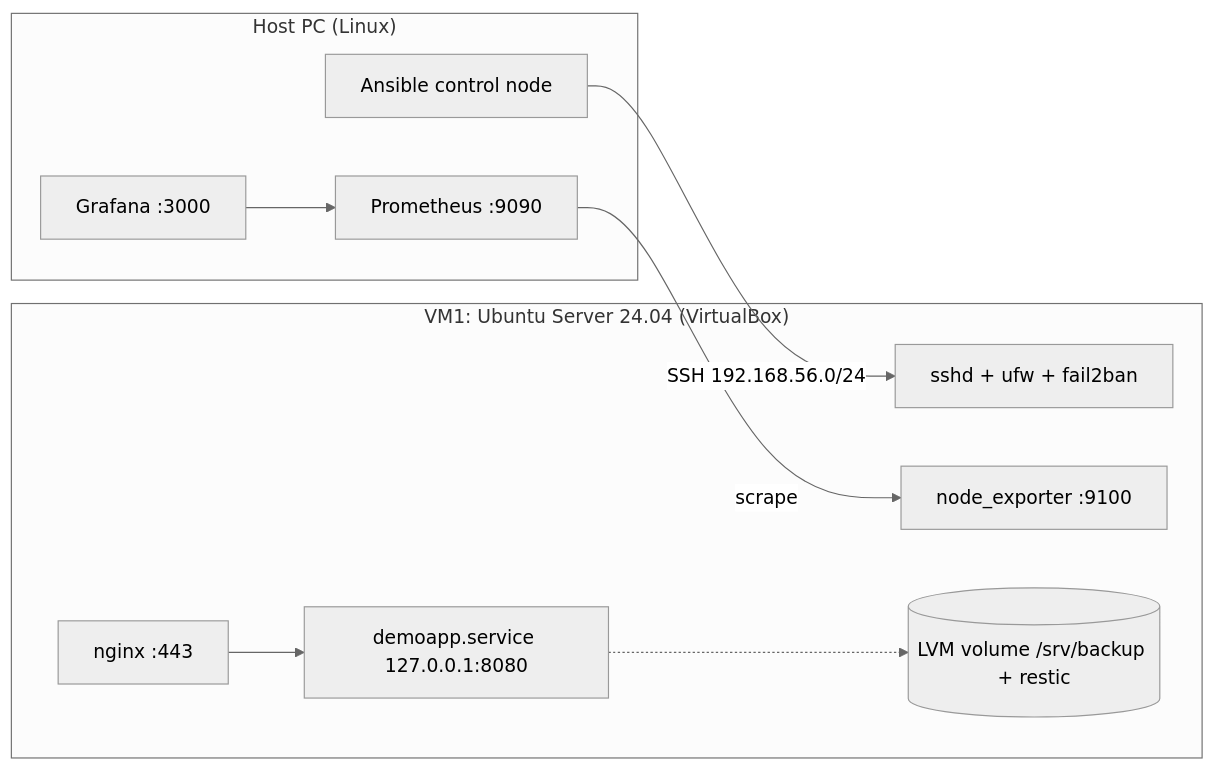
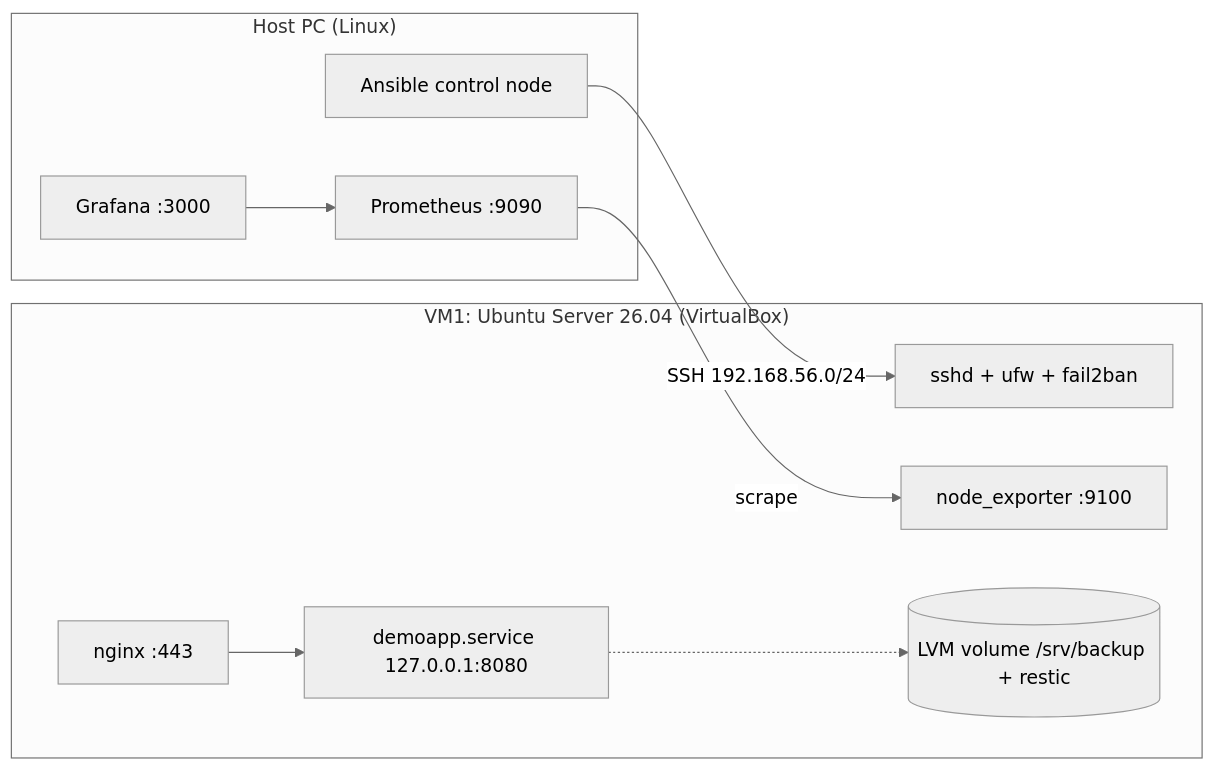
Before and after one commit to andY2772/mini-infra-lab: the diagram in README.md, drawn with Mermaid (neutral theme). The commit also changed other lines of this file, not shown here.

````diff
--- a/README.md
+++ b/README.md
@@ -9,20 +9,20 @@
 ```mermaid
 flowchart LR
     subgraph Host["Host PC (Linux)"]
         A[Ansible control node]
         P[Prometheus :9090]
         G[Grafana :3000]
     end
-    subgraph VM["VM1: Ubuntu Server 24.04 (VirtualBox)"]
+    subgraph VM["VM1: Ubuntu Server 26.04 (VirtualBox)"]
         S[sshd + ufw + fail2ban]
         N[nginx :443]
         D[demoapp.service 127.0.0.1:8080]
         E[node_exporter :9100]
         B[(LVM volume /srv/backup + restic)]
     end
     A -- SSH 192.168.56.0/24 --> S
     N --> D
     P -- scrape --> E
     G --> P
     D -.-> B
 ```
````
